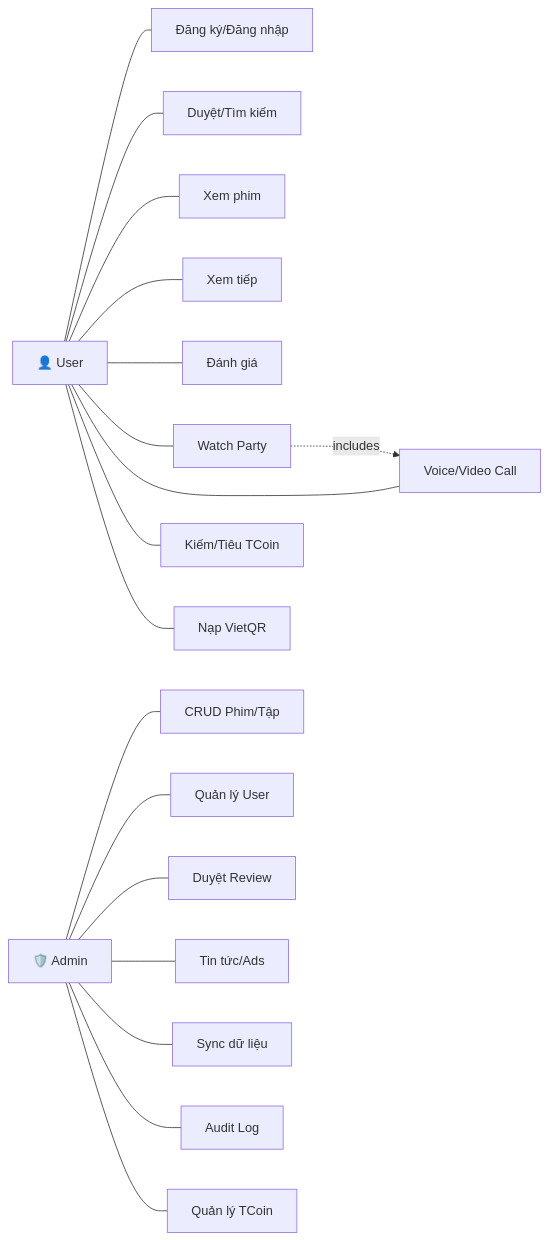
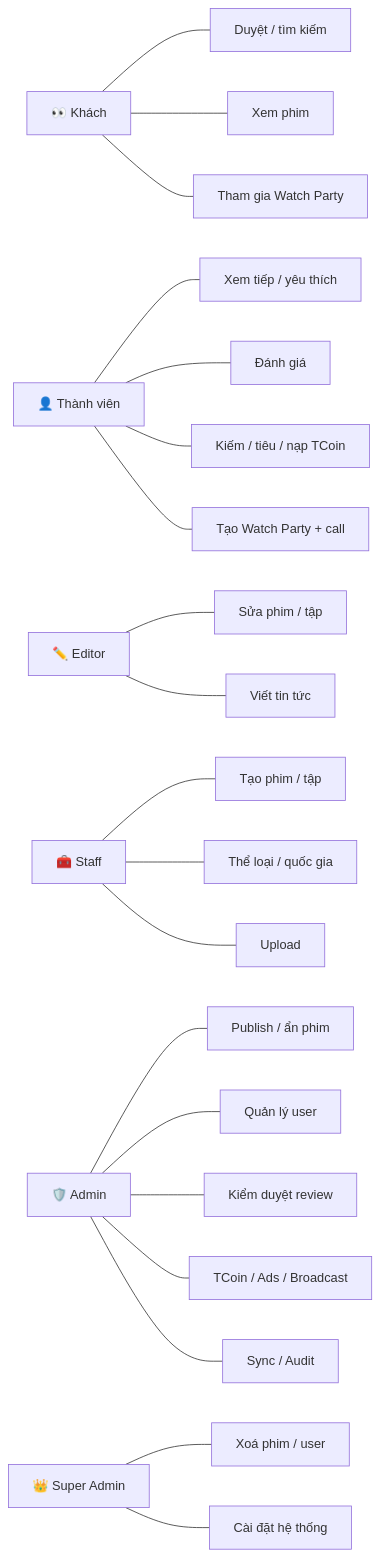
One commit to Terence-0310/TERENCE changed the eighth of 10 diagrams in README.md. Above: the diagram before and after it, drawn with Mermaid. The commit also changed other lines of this file and 191 other files, not shown here.

````diff
--- a/README.md
+++ b/README.md
@@ -758,10 +744,9 @@
 ```mermaid
 graph LR
-    USER["👤 User"] --- A1["Đăng ký/Đăng nhập"]
-    USER --- M1["Duyệt/Tìm kiếm"] & M4["Xem phim"] & M5["Xem tiếp"]
-    USER --- S1["Đánh giá"] & S3["Watch Party"] & S4["Voice/Video Call"]
-    USER --- T1["Kiếm/Tiêu TCoin"] & T2["Nạp VietQR"]
-    ADMIN["🛡️ Admin"] --- AD1["CRUD Phim/Tập"] & AD2["Quản lý User"] & AD3["Duyệt Review"]
-    ADMIN --- AD4["Tin tức/Ads"] & AD5["Sync dữ liệu"] & AD6["Audit Log"] & AD7["Quản lý TCoin"]
-    S3 -.includes.-> S4
+    GUEST["👀 Khách"] --- G1["Duyệt / tìm kiếm"] & G2["Xem phim"] & G3["Tham gia Watch Party"]
+    USER["👤 Thành viên"] --- U1["Xem tiếp / yêu thích"] & U2["Đánh giá"] & U3["Kiếm / tiêu / nạp TCoin"] & U4["Tạo Watch Party + call"]
+    EDITOR["✏️ Editor"] --- E1["Sửa phim / tập"] & E2["Viết tin tức"]
+    STAFF["🧰 Staff"] --- S1["Tạo phim / tập"] & S2["Thể loại / quốc gia"] & S3["Upload"]
+    ADMIN["🛡️ Admin"] --- A1["Publish / ẩn phim"] & A2["Quản lý user"] & A3["Kiểm duyệt review"] & A4["TCoin / Ads / Broadcast"] & A5["Sync / Audit"]
+    SUPER["👑 Super Admin"] --- SA1["Xoá phim / user"] & SA2["Cài đặt hệ thống"]
 ```
````
